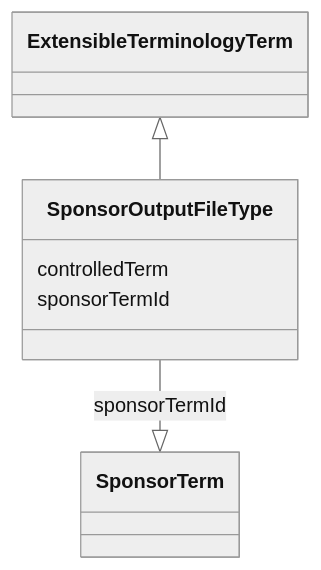
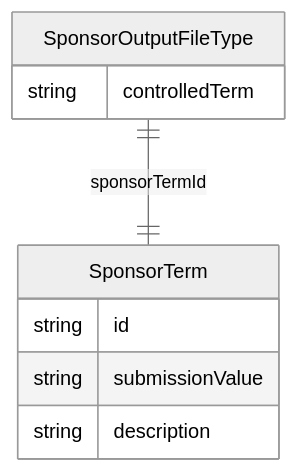
Before and after one commit to cdisc-org/analysis-results-standard: the diagram in project/docs/SponsorOutputFileType.md, drawn with Mermaid (neutral theme). The commit also changed 131 other files, not shown here.

Commit message:
Add top-level diagram to documentation

````diff
--- a/project/docs/SponsorOutputFileType.md
+++ b/project/docs/SponsorOutputFileType.md
@@ -14,13 +13,14 @@
 ```mermaid
- classDiagram
-    class SponsorOutputFileType
-      ExtensibleTerminologyTerm <|-- SponsorOutputFileType
-      
-      SponsorOutputFileType : controlledTerm
-        
-      SponsorOutputFileType : sponsorTermId
-        
-          SponsorOutputFileType --|> SponsorTerm : sponsorTermId
-        
-      
+erDiagram
+SponsorOutputFileType {
+    string controlledTerm  
+}
+SponsorTerm {
+    string id  
+    string submissionValue  
+    string description  
+}
+
+SponsorOutputFileType ||--|| SponsorTerm : "sponsorTermId"
+
 ```
````
